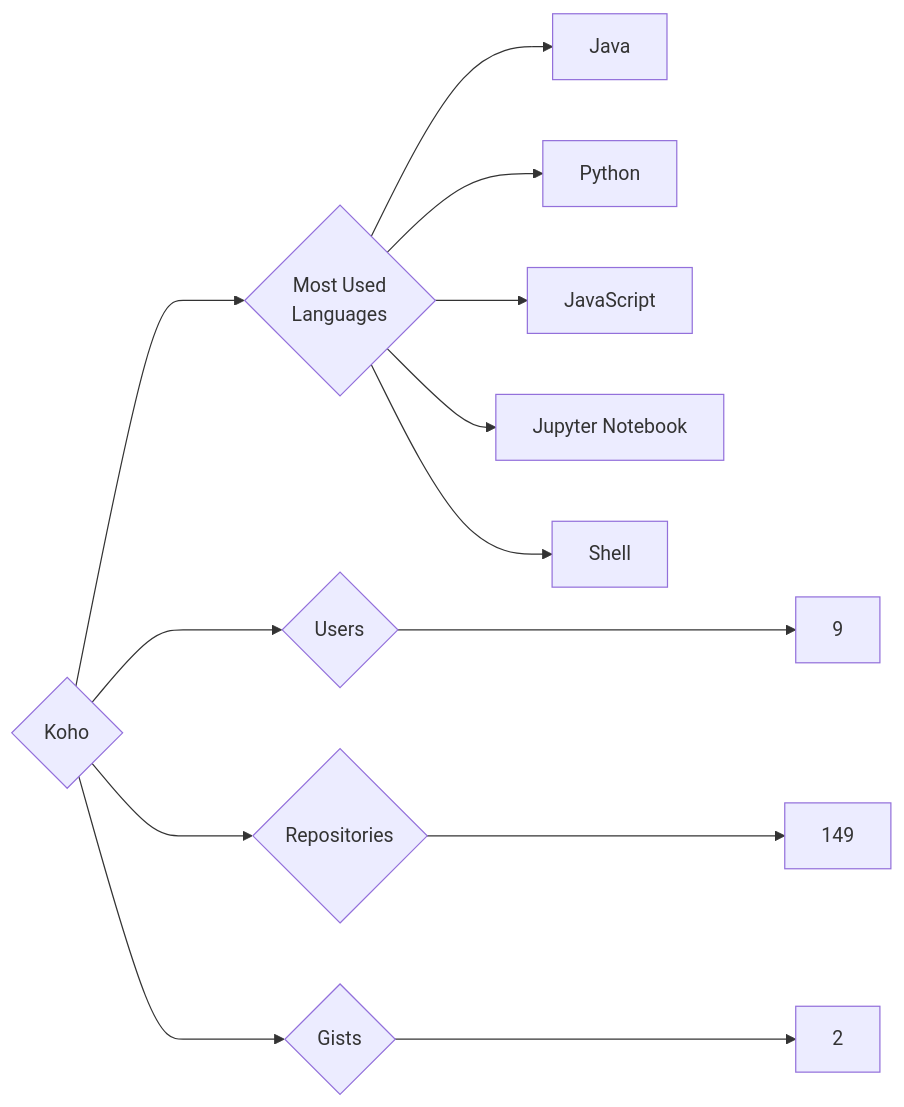
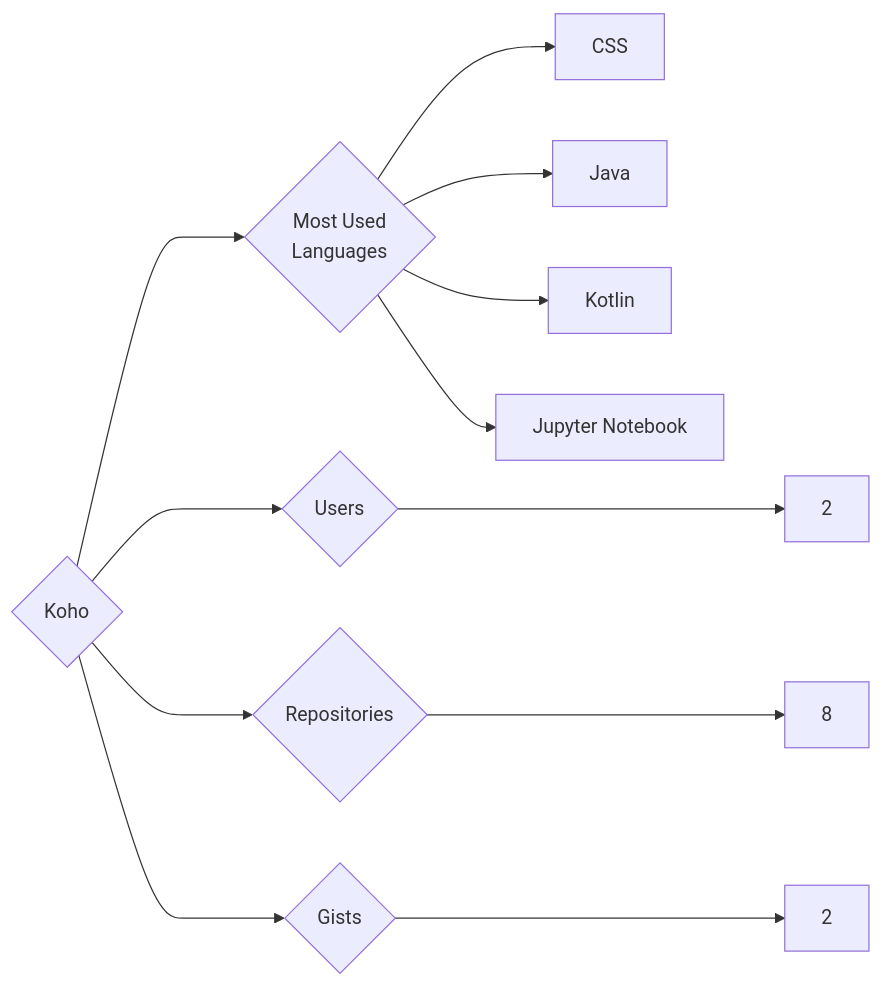
One commit to trickest/insiders changed the diagram in targets/Koho/README.md. Above: the diagram before and after it, drawn with Mermaid. The commit also changed 1084 other files, not shown here.

````diff
--- a/targets/Koho/README.md
+++ b/targets/Koho/README.md
@@ -3,13 +3,12 @@
 ```mermaid
 graph LR
 COMPANY_NAME{Koho}
-COMPANY_NAME ---> U{Users} ---> UN[9]
-COMPANY_NAME ---> R{Repositories} ---> RN[149]
+COMPANY_NAME ---> U{Users} ---> UN[2]
+COMPANY_NAME ---> R{Repositories} ---> RN[8]
 COMPANY_NAME ---> G{Gists} ---> GN[2]
 COMPANY_NAME ---> ML{Most Used<br>Languages}
+ML --> CSS[CSS]
 ML --> Java[Java]
-ML --> Python[Python]
-ML --> JavaScript[JavaScript]
+ML --> Kotlin[Kotlin]
 ML --> Jupyter_Notebook[Jupyter Notebook]
-ML --> Shell[Shell]
 ```
````
